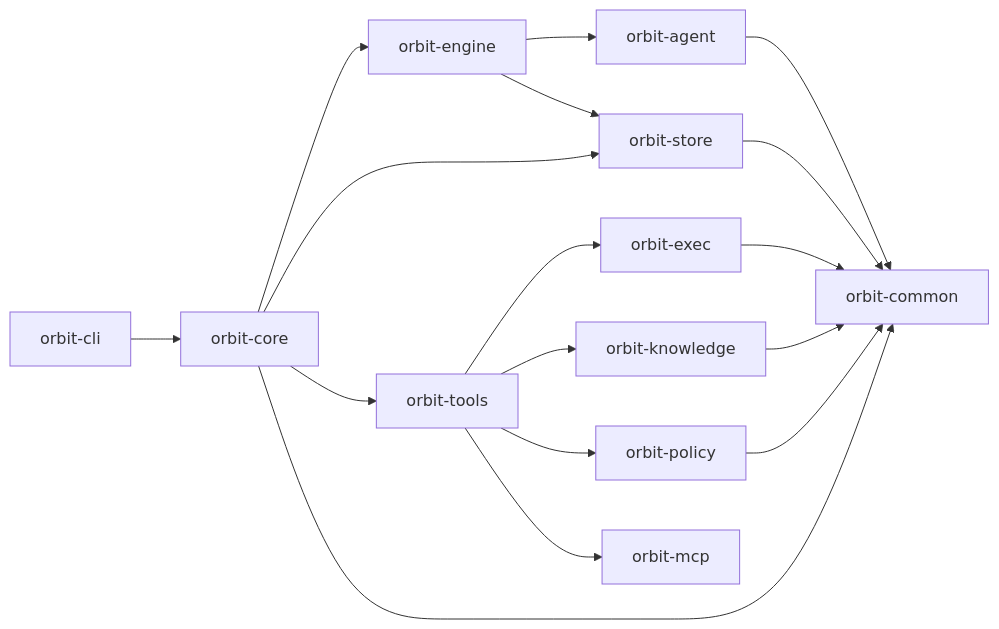
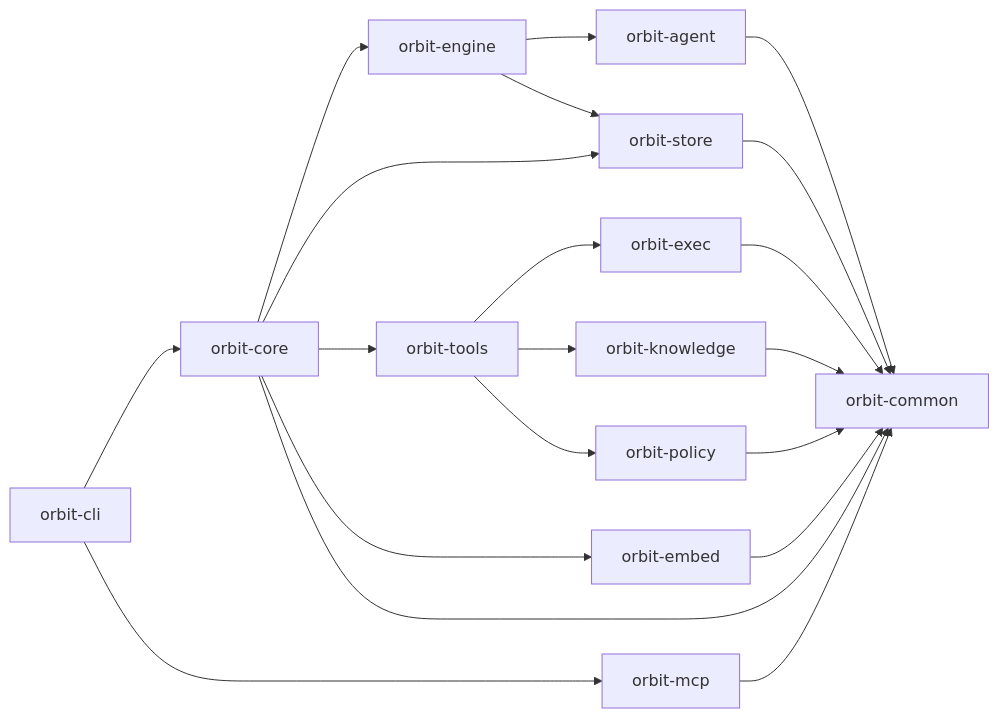
Before and after one commit to danieljhkim/orbit-agentic-workflow: the diagram in README.md, drawn with Mermaid. The commit also changed other lines of this file, not shown here.

Commit message:
docs(readme): add orbit-embed to architecture diagram [T20260510-20]
Two corrections after the T-20 refactor:

- Add orbit-embed as a node depending on orbit-common, with orbit-core
  consuming it. orbit-embed owns workspace-local semantic search (vector
  store + FTS5) end-to-end; inference is delegated to a separately-installed
  orbit-embed-companion binary.
- Fix orbit-mcp placement: it depends only on orbit-common and is consumed
  directly by orbit-cli (via `orbit mcp serve`), not through orbit-tools.
  Adds the missing MCP --> Common edge as well.

````diff
--- a/README.md
+++ b/README.md
@@ -80,19 +80,22 @@
 ```mermaid
 flowchart LR
   CLI["orbit-cli"] --> Core["orbit-core"]
+  CLI --> MCP["orbit-mcp"]
   Core --> Engine["orbit-engine"]
   Core --> Store["orbit-store"]
   Core --> Tools["orbit-tools"]
+  Core --> Embed["orbit-embed"]
   Engine --> Agent["orbit-agent"]
   Engine --> Store
   Tools --> Exec["orbit-exec"]
   Tools --> Knowledge["orbit-knowledge"]
   Tools --> Policy["orbit-policy"]
-  Tools --> MCP["orbit-mcp"]
   Exec --> Common["orbit-common"]
   Knowledge --> Common
   Policy --> Common
   Store --> Common
   Agent --> Common
+  Embed --> Common
+  MCP --> Common
   Core --> Common
 ```
````
